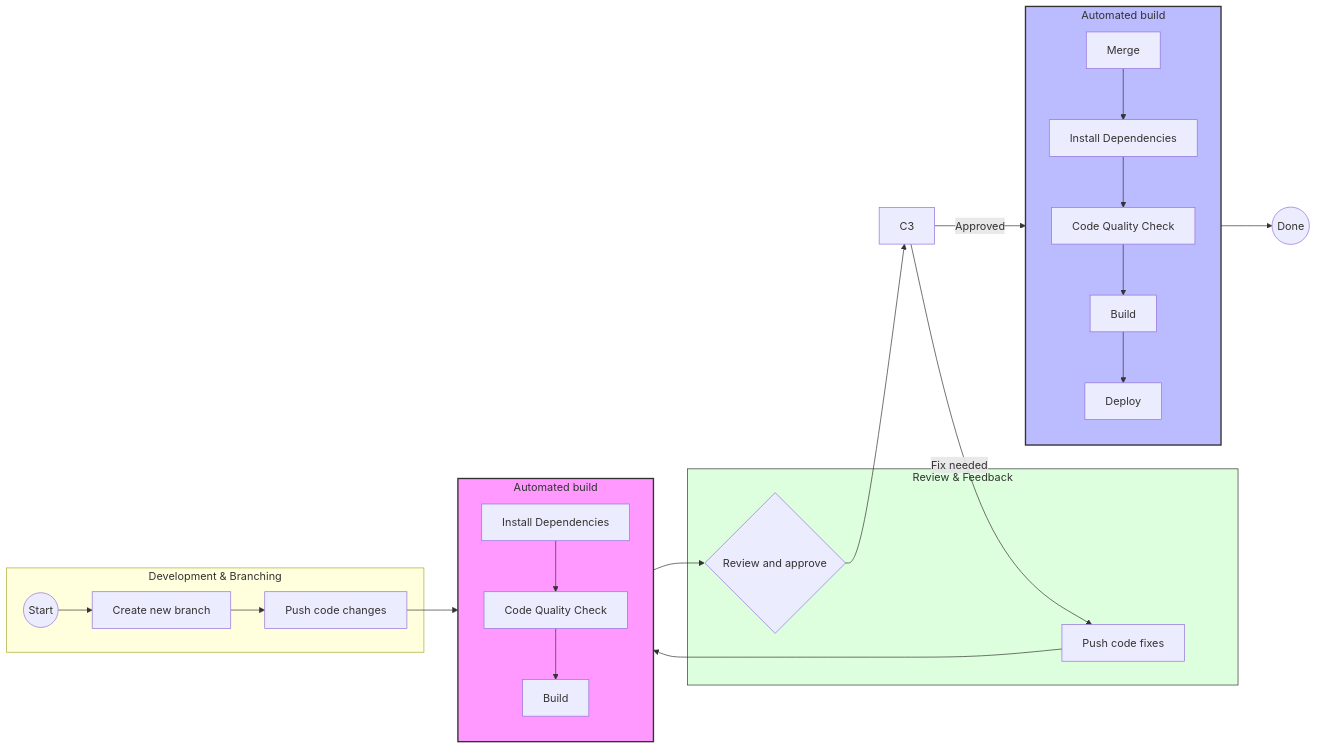
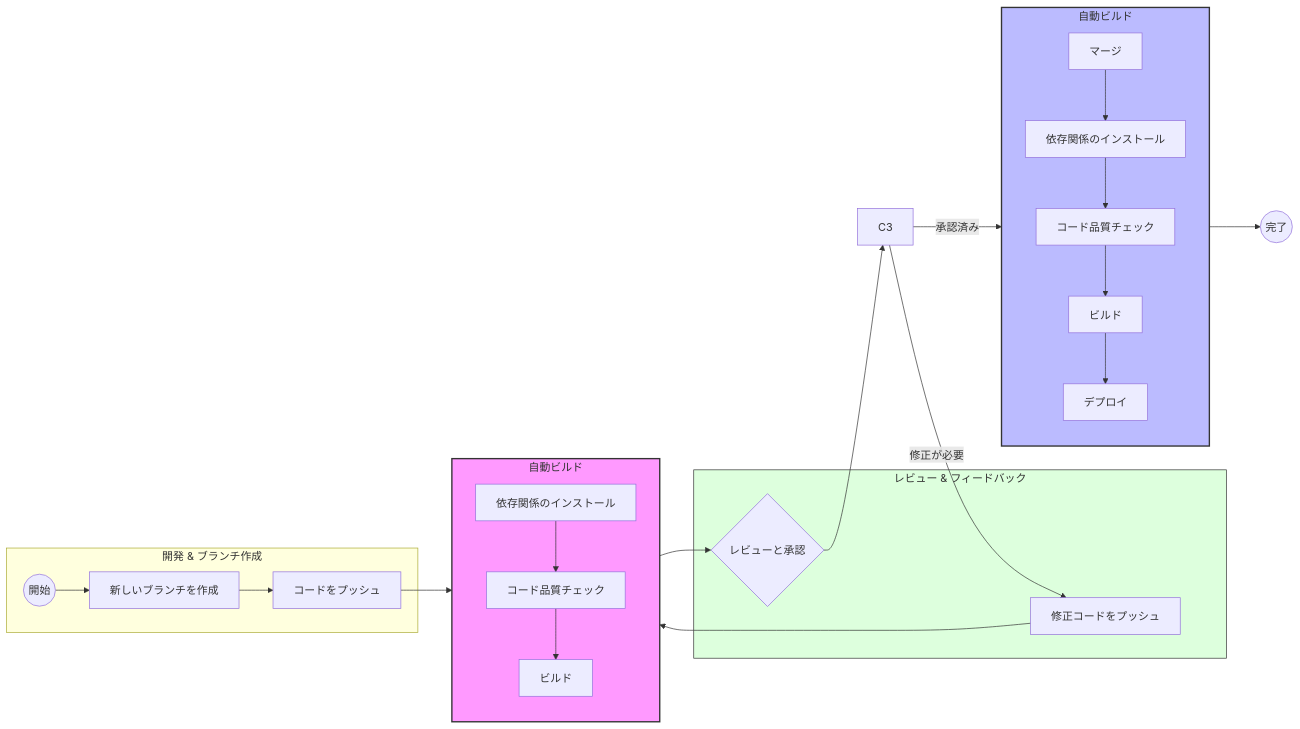
Before and after one commit to nguyenvt-amira/fitness-crm-vercel: the second of 3 diagrams in README.md, drawn with Mermaid. The commit also changed other lines of this file and 2 other files, not shown here.

````diff
--- a/README.md
+++ b/README.md
@@ -412,48 +452,48 @@
 ```mermaid
 flowchart LR
-    %% Phase 1: Development
-    subgraph Phase1 [Development & Branching]
-        A1((Start)) --> A2[Create new branch]
-        A2 --> A3[Push code changes]
+    %% フェーズ1：開発
+    subgraph Phase1 [開発 & ブランチ作成]
+        A1((開始)) --> A2[新しいブランチを作成]
+        A2 --> A3[コードをプッシュ]
     end
 
-    %% Phase 2: CI (Automated build)
-    subgraph CI [Automated build]
+    %% フェーズ2：CI（自動ビルド）
+    subgraph CI [自動ビルド]
         direction TB
-        B1[Install Dependencies] --> B2[Code Quality Check]
-        B2 --> B3[Build]
+        B1[依存関係のインストール] --> B2[コード品質チェック]
+        B2 --> B3[ビルド]
     end
 
-    %% Phase 3: Review & App
-    subgraph ReviewPhase [Review & Feedback]
-        C1[Push code fixes]
-        C2{Review and approve}
+    %% フェーズ3：レビュー & フィードバック
+    subgraph ReviewPhase [レビュー & フィードバック]
+        C1[修正コードをプッシュ]
+        C2{レビューと承認}
     end
 
-    %% Phase 4: CD (Automated build)
-    subgraph CD [Automated build]
+    %% フェーズ4：CD（自動ビルド）
+    subgraph CD [自動ビルド]
         direction TB
-        D1[Merge] --> D2[Install Dependencies]
-        D2 --> D3[Code Quality Check]
-        D3 --> D4[Build]
-        D4 --> D5[Deploy]
+        D1[マージ] --> D2[依存関係のインストール]
+        D2 --> D3[コード品質チェック]
+        D3 --> D4[ビルド]
+        D4 --> D5[デプロイ]
     end
 
-    %% Connections
+    %% 接続
     A3 --> B1
     B3 --> C2
     C2 --> C3
 
-    %% Loop back if failed review
-    C3 -- "Fix needed" --> C1
+    %% レビュー失敗時のループバック
+    C3 -- "修正が必要" --> C1
     C1 --> B1
 
-    %% Success Flow
-    C3 -- "Approved" --> D1
-    D5 --> End((Done))
+    %% 成功フロー
+    C3 -- "承認済み" --> D1
+    D5 --> End((完了))
 
-    %% Styling
+    %% スタイリング
     style CI fill:#f9f,stroke:#333,stroke-width:2px
     style CD fill:#bbf,stroke:#333,stroke-width:2px
     style ReviewPhase fill:#dfd,stroke:#333
 ```
````
